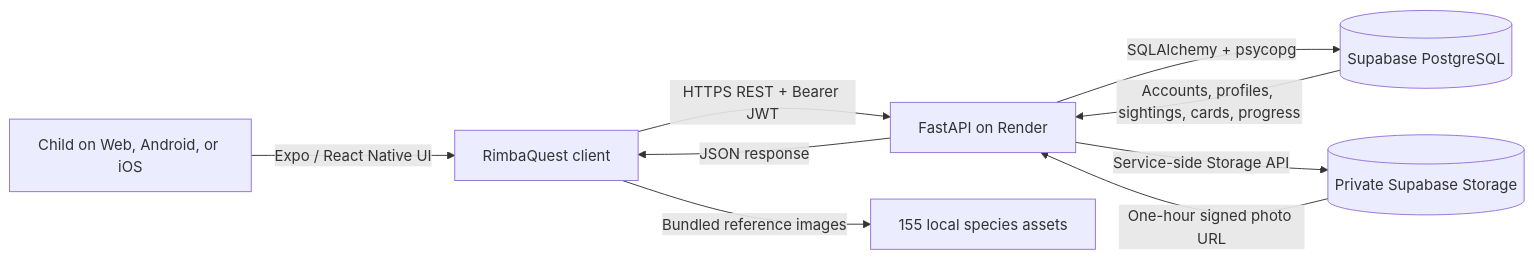
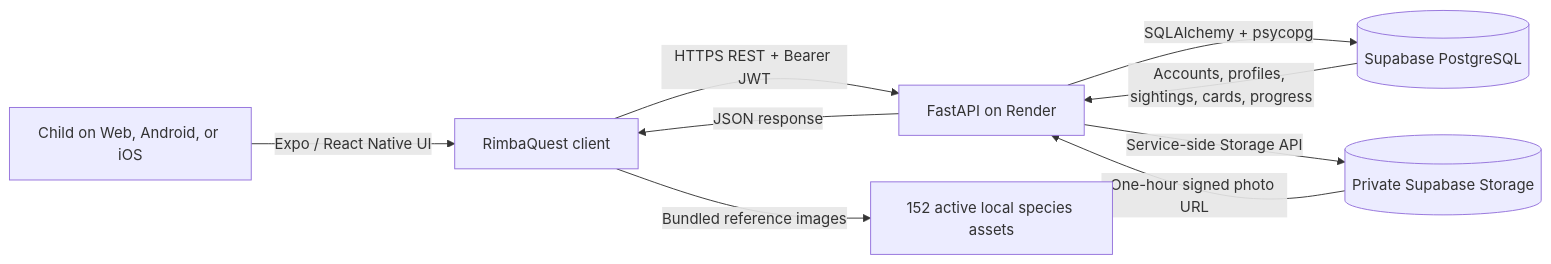
Before and after one commit to Sitozzmonash/FIT5120RimbaQuest: the diagram in README.md, drawn with Mermaid. The commit also changed other lines of this file and 4 other files, not shown here.

````diff
--- a/README.md
+++ b/README.md
@@ -62,11 +62,11 @@
 ```mermaid
 flowchart LR
     U[Child on Web, Android, or iOS] -->|Expo / React Native UI| C[RimbaQuest client]
     C -->|HTTPS REST + Bearer JWT| A[FastAPI on Render]
     A -->|SQLAlchemy + psycopg| P[(Supabase PostgreSQL)]
     A -->|Service-side Storage API| S[(Private Supabase Storage)]
     P -->|Accounts, profiles, sightings, cards, progress| A
     S -->|One-hour signed photo URL| A
     A -->|JSON response| C
-    C -->|Bundled reference images| B[155 local species assets]
+    C -->|Bundled reference images| B[152 active local species assets]
 ```
````
